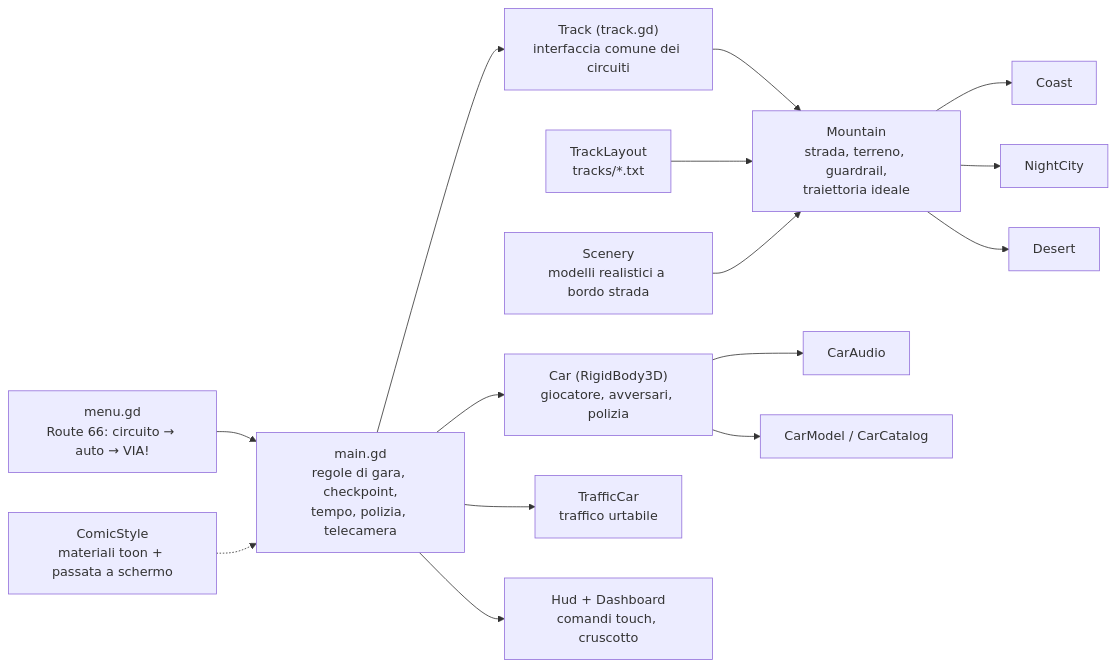
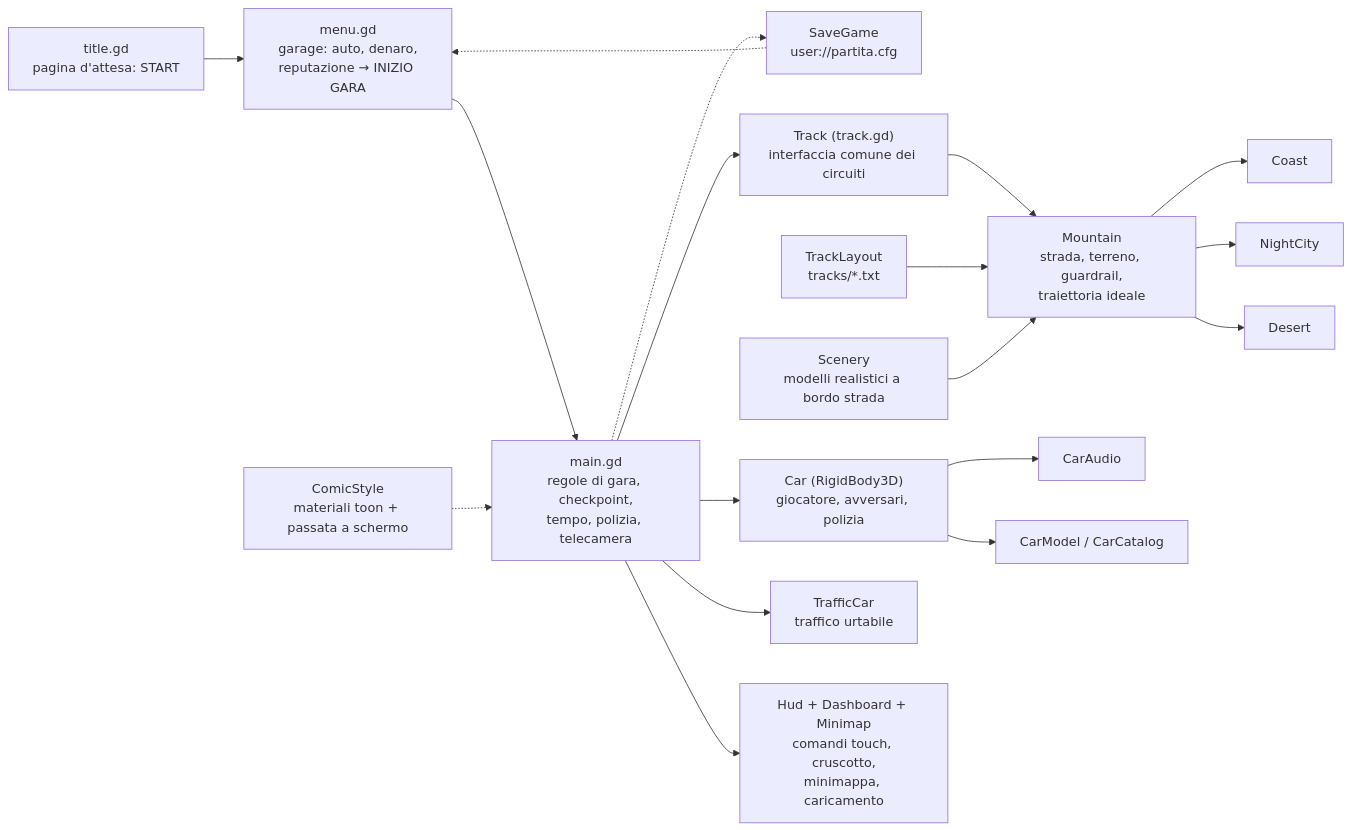
The first of 2 diagrams in docs/TECNICO.md (stefanopaglierani/nitro-underground), drawn with Mermaid before and after one commit. The commit also changed other lines of this file and 3 other files, not shown here.

````diff
--- a/docs/TECNICO.md
+++ b/docs/TECNICO.md
@@ -47,15 +47,18 @@
 ```mermaid
 flowchart LR
-    Menu["menu.gd<br/>Route 66: circuito → auto → VIA!"] --> Main["main.gd<br/>regole di gara, checkpoint,<br/>tempo, polizia, telecamera"]
+    Title["title.gd<br/>pagina d'attesa: START"] --> Menu["menu.gd<br/>garage: auto, denaro,<br/>reputazione → INIZIO GARA"]
+    Save["SaveGame<br/>user://partita.cfg"] -.-> Menu
+    Menu --> Main["main.gd<br/>regole di gara, checkpoint,<br/>tempo, polizia, telecamera"]
     Main --> Track["Track (track.gd)<br/>interfaccia comune dei circuiti"]
     Track --> Mountain["Mountain<br/>strada, terreno, guardrail,<br/>traiettoria ideale"]
     Mountain --> Coast & Night["NightCity"] & Desert
     Layout["TrackLayout<br/>tracks/*.txt"] --> Mountain
     Scenery["Scenery<br/>modelli realistici a bordo strada"] --> Mountain
     Main --> Car["Car (RigidBody3D)<br/>giocatore, avversari, polizia"]
     Car --> CarAudio["CarAudio"]
     Car --> CarModel["CarModel / CarCatalog"]
     Main --> Traffic["TrafficCar<br/>traffico urtabile"]
-    Main --> Hud["Hud + Dashboard<br/>comandi touch, cruscotto"]
+    Main --> Hud["Hud + Dashboard + Minimap<br/>comandi touch, cruscotto,<br/>minimappa, caricamento"]
+    Main -.-> Save
     Comic["ComicStyle<br/>materiali toon + passata a schermo"] -.-> Main
 ```
````
